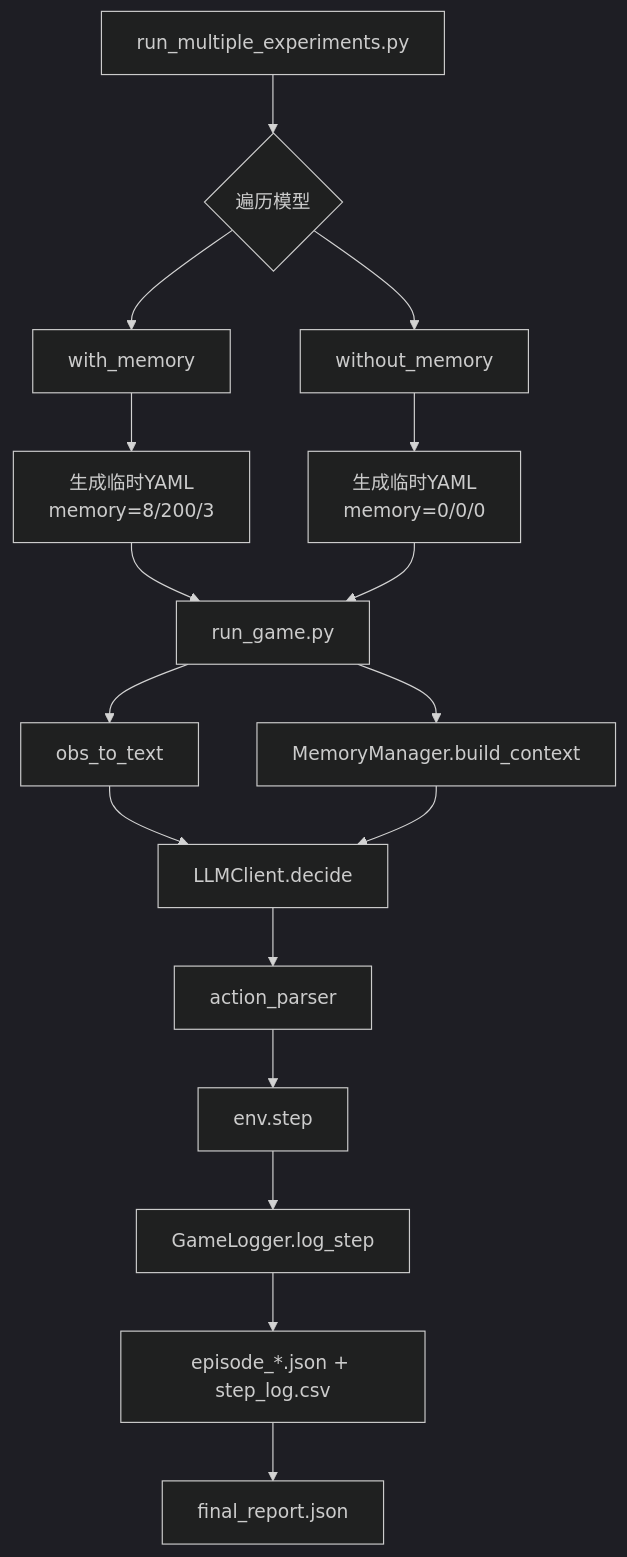
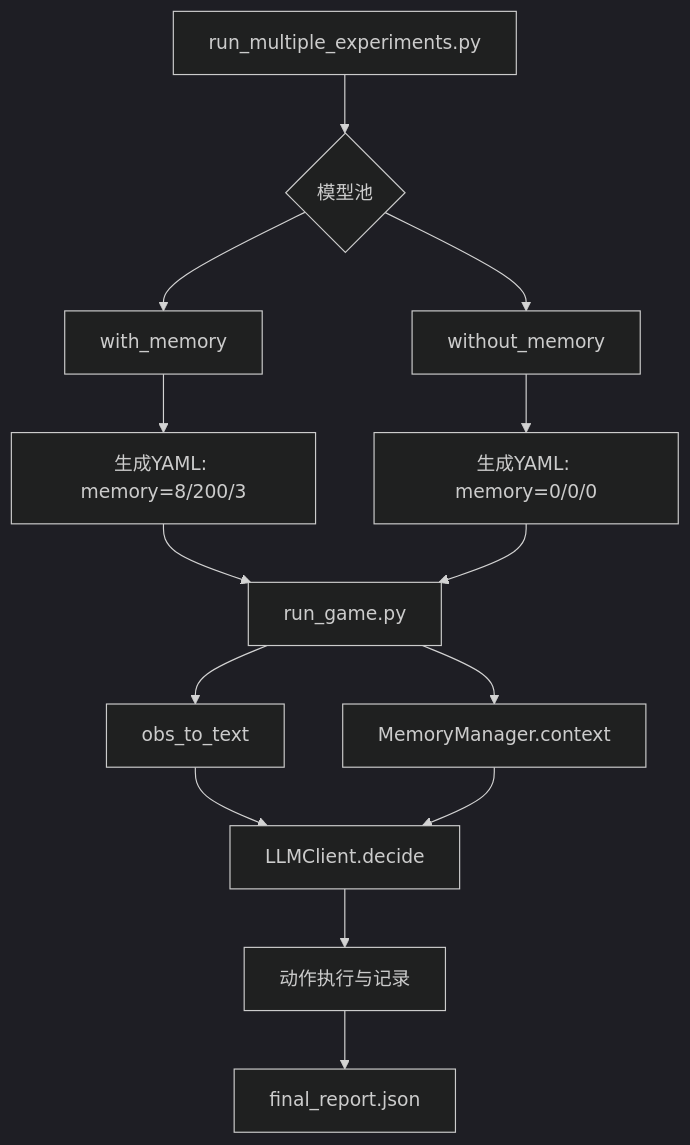
One commit to HuangShengZeBlueSky/llm_GoogleFootball changed the first of 3 diagrams in docs/leaderboard.md. Above: the diagram before and after it, drawn with Mermaid (dark theme). The commit also changed other lines of this file and 2 other files, not shown here.

Commit message:
docs: integrate memory ablation and evolution test results into public leaderboards

````diff
--- a/docs/leaderboard.md
+++ b/docs/leaderboard.md
@@ -40,24 +35,19 @@
 ```mermaid
 flowchart TD
-	A[run_multiple_experiments.py] --> B{遍历模型}
-	B --> C[with_memory]
-	B --> D[without_memory]
+    A[run_multiple_experiments.py] --> B{模型池}
+    B --> C[with_memory]
+    B --> D[without_memory]
 
-	C --> E[生成临时YAML
-memory=8/200/3]
-	D --> F[生成临时YAML
-memory=0/0/0]
+    C --> E[生成YAML: memory=8/200/3]
+    D --> F[生成YAML: memory=0/0/0]
 
-	E --> G[run_game.py]
-	F --> G
+    E --> G[run_game.py]
+    F --> G
 
-	G --> H[obs_to_text]
-	G --> I[MemoryManager.build_context]
-	H --> J[LLMClient.decide]
-	I --> J
-	J --> K[action_parser]
-	K --> L[env.step]
-	L --> M[GameLogger.log_step]
-	M --> N[episode_*.json + step_log.csv]
-	N --> O[final_report.json]
+    G --> H[obs_to_text]
+    G --> I[MemoryManager.context]
+    H --> J[LLMClient.decide]
+    I --> J
+    J --> K[动作执行与记录]
+    K --> L[final_report.json]
 ```
````
